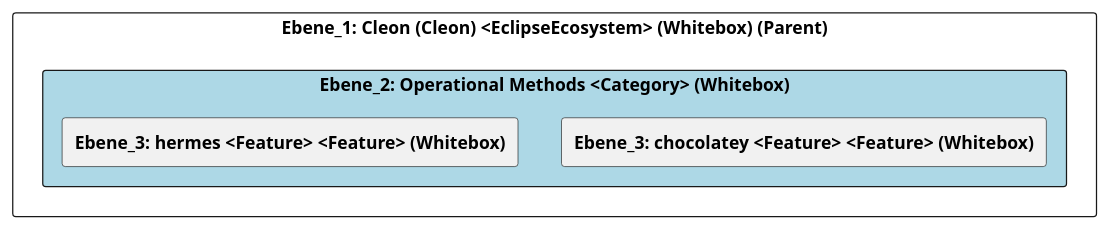
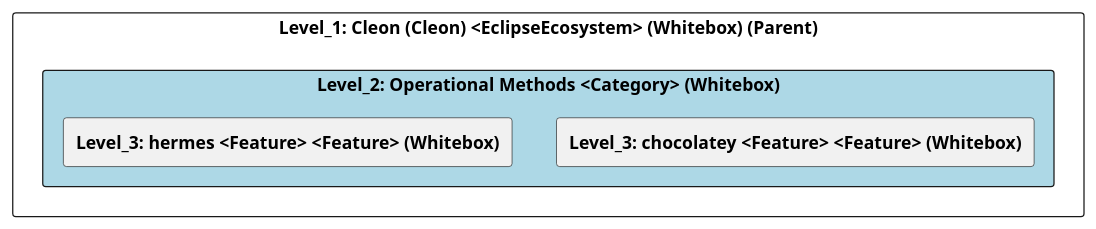
One commit to marcozwyssig/cleon changed the diagram in doc/cleonproject_deliverables_architecture_model_architecture/adoc/de/05_bausteinsicht/cleon/operational_methods/ebene_2_operational methods.adoc. Above: the diagram before and after it, drawn with PlantUML. The commit also changed other lines of this file and 83 other files, not shown here.

```diff
--- a/doc/cleonproject_deliverables_architecture_model_architecture/adoc/de/05_bausteinsicht/cleon/operational_methods/ebene_2_operational methods.adoc
+++ b/doc/cleonproject_deliverables_architecture_model_architecture/adoc/de/05_bausteinsicht/cleon/operational_methods/ebene_2_operational methods.adoc
@@ -20,25 +20,25 @@
-[plantuml, Ebene_2: Operational Methods <Category> (Whitebox)BlockOverview, format="svg"]
+[plantuml, Level_2: Operational Methods <Category> (Whitebox)BlockOverview, format="svg"]
 ----
-@startuml Ebene_2: Operational Methods <Category> (Whitebox)BuildingBlockOverview
+@startuml Level_2: Operational Methods <Category> (Whitebox)BuildingBlockOverview
 
 skinparam ranksep 10
 skinparam componentStyle rectangle
 skinparam shadowing false
 skinparam arrowColor lightblue
 skinparam arrowThickness 1.2
 skinparam rectangle {
   BackgroundColor White
   BorderColor #333
   RoundCorner 10
 }
 top to bottom direction
 
-component "Ebene_1: Cleon (Cleon) <EclipseEcosystem> (Whitebox) (Parent)" {
-    component "Ebene_2: Operational Methods <Category> (Whitebox)" #lightblue {
-        [**Ebene_3: chocolatey <Feature> <Feature> (Whitebox)**] as 49055817_D579_11EE_903E_9F564E4DE07E
-        [**Ebene_3: hermes <Feature> <Feature> (Whitebox)**] as 3BB60AD5_D421_11EF_BDEF_4D33DBCE89CB
+component "Level_1: Cleon (Cleon) <EclipseEcosystem> (Whitebox) (Parent)" {
+    component "Level_2: Operational Methods <Category> (Whitebox)" #lightblue {
+        [**Level_3: chocolatey <Feature> <Feature> (Whitebox)**] as 49055817_D579_11EE_903E_9F564E4DE07E
+        [**Level_3: hermes <Feature> <Feature> (Whitebox)**] as 3BB60AD5_D421_11EF_BDEF_4D33DBCE89CB
     }
 }
 
 @enduml
 ----
```
